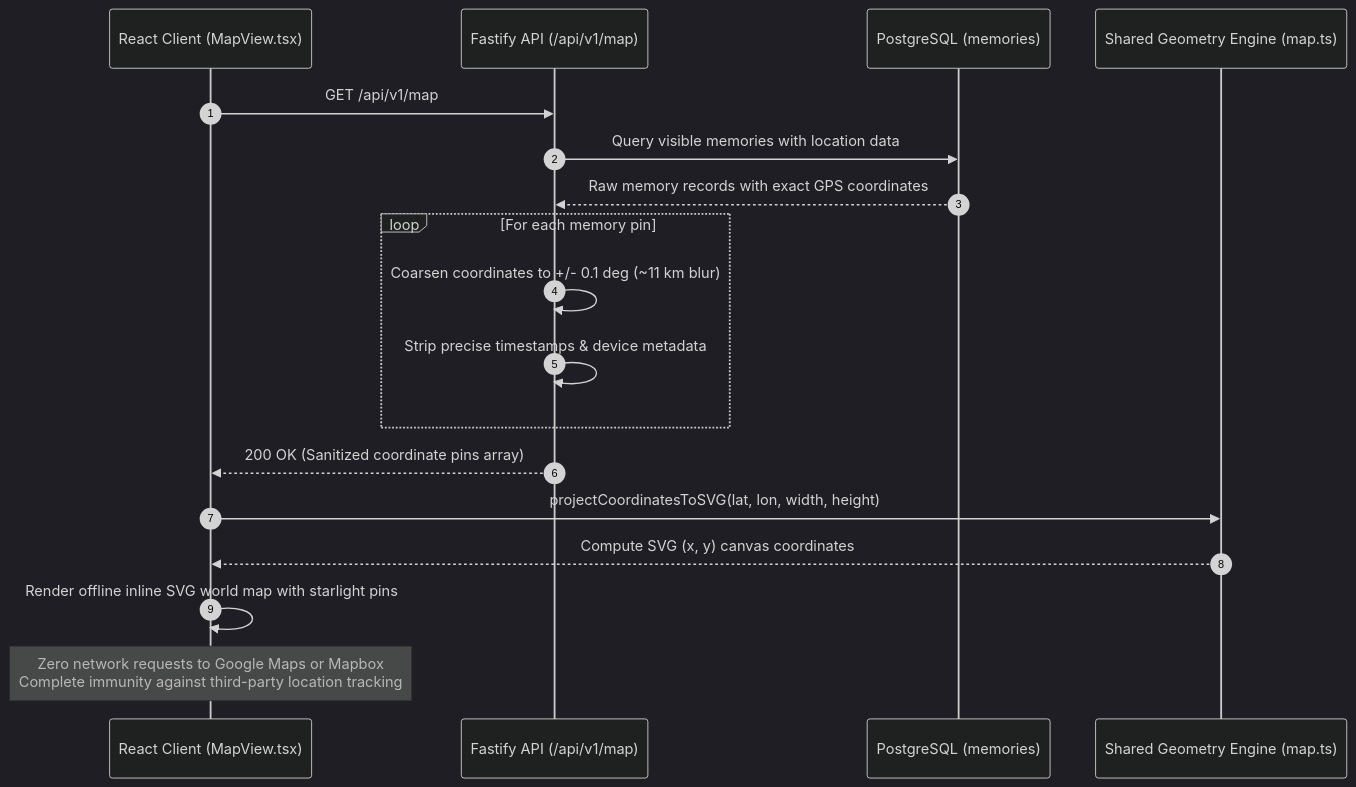
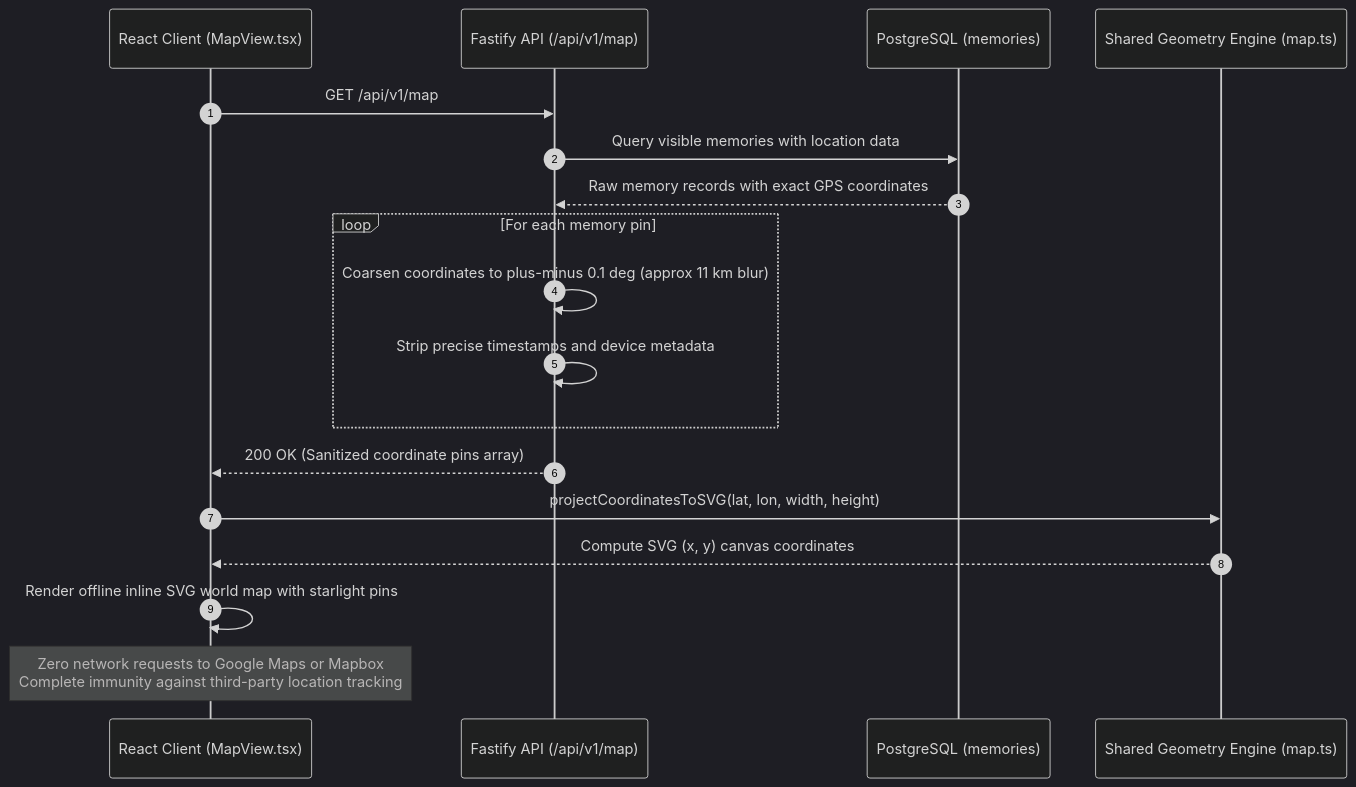
Diagram 17 of 17 in README.md (HarshkumarG007/SlowLight), drawn with Mermaid (dark theme) before and after one commit. The commit also changed other lines of this file, not shown here.

Commit message:
docs(readme): fix GitHub Mermaid parser syntax across all sequence diagrams

````diff
--- a/README.md
+++ b/README.md
@@ -1128,21 +1128,21 @@
 ```mermaid
 sequenceDiagram
     autonumber
     participant Client as React Client (MapView.tsx)
     participant API as Fastify API (/api/v1/map)
     participant DB as PostgreSQL (memories)
     participant Shared as Shared Geometry Engine (map.ts)
     
     Client->>API: GET /api/v1/map
     API->>DB: Query visible memories with location data
     DB-->>API: Raw memory records with exact GPS coordinates
     loop For each memory pin
-        API->>API: Coarsen coordinates to +/- 0.1 deg (~11 km blur)
-        API->>API: Strip precise timestamps & device metadata
+        API->>API: Coarsen coordinates to plus-minus 0.1 deg (approx 11 km blur)
+        API->>API: Strip precise timestamps and device metadata
     end
     API-->>Client: 200 OK (Sanitized coordinate pins array)
     Client->>Shared: projectCoordinatesToSVG(lat, lon, width, height)
     Shared-->>Client: Compute SVG (x, y) canvas coordinates
     Client->>Client: Render offline inline SVG world map with starlight pins
     Note over Client: Zero network requests to Google Maps or Mapbox<br/>Complete immunity against third-party location tracking
 ```
````
